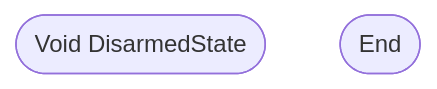
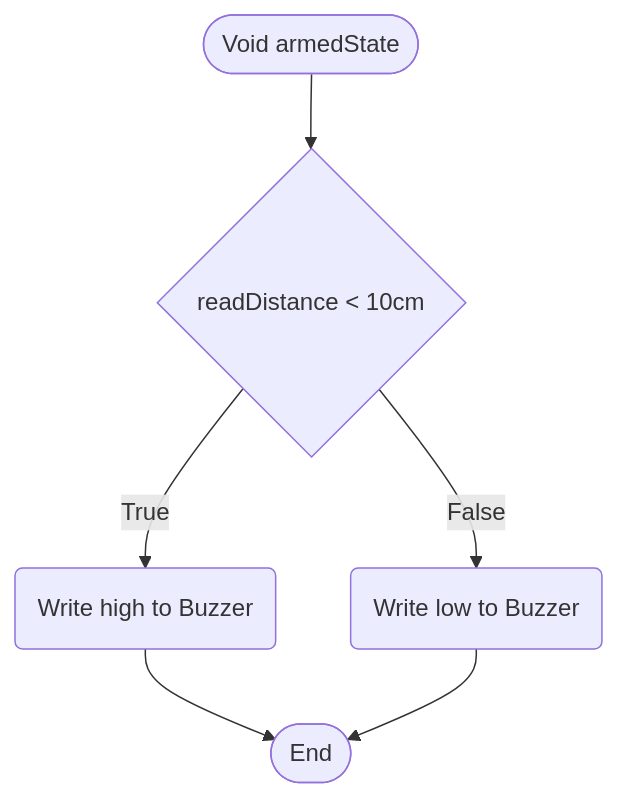
Before and after one commit to TheDjgamerProductions/Robotics2022: the fifth of 8 diagrams in Assessments/Assessment_2_Smart_Device_House/Logic.md, drawn with Mermaid. The commit also changed other lines of this file, not shown here.

````diff
--- a/Assessments/Assessment_2_Smart_Device_House/Logic.md
+++ b/Assessments/Assessment_2_Smart_Device_House/Logic.md
@@ -73,5 +73,11 @@
 ```mermaid
   flowchart TD
-    terminalStart([Void DisarmedState])
+    terminalStart([Void armedState])
     terminalEnd([End])
+    if{readDistance < 10cm}
+    alarm(Write high to Buzzer)
+    noAlarm(Write low to Buzzer)
+    terminalStart --> if
+    if --> |True| alarm --> terminalEnd
+    if --> |False| noAlarm --> terminalEnd
 ```
````
